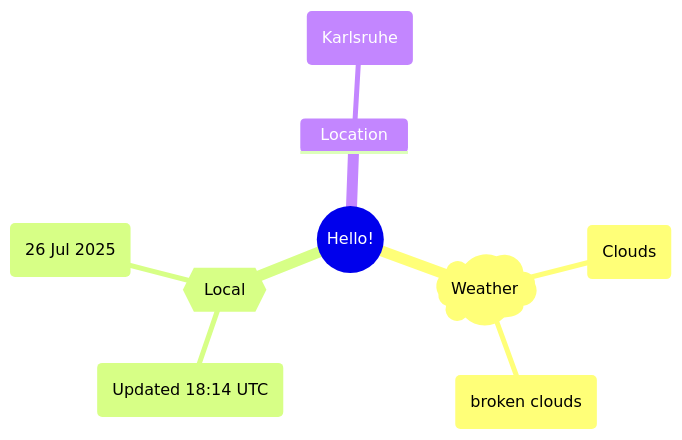
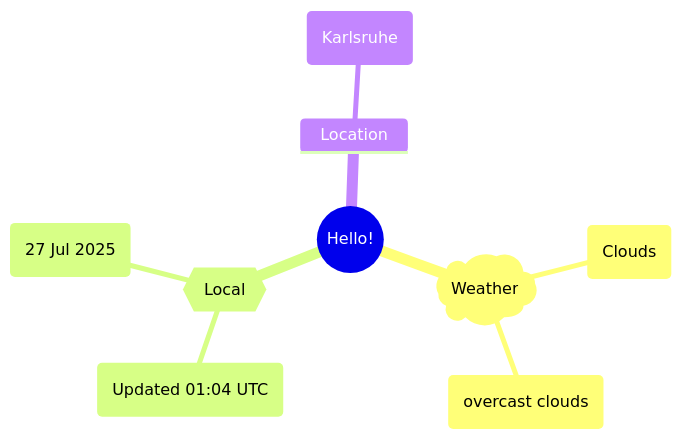
The first of 2 diagrams in README.md (Xosrov/Xosrov), drawn with Mermaid before and after one commit.

Commit message:
[bot] updated images

````diff
--- a/README.md
+++ b/README.md
@@ -3,12 +3,12 @@
 ```mermaid
 mindmap
   root((Hello!))
     )Weather(
         (Clouds)
-        (broken clouds)
+        (overcast clouds)
     {{Local}}
-        (Updated 18:14 UTC)
-        (26 Jul 2025)
+        (Updated 01:04 UTC)
+        (27 Jul 2025)
     Location
         (Karlsruhe)
 ```
````
